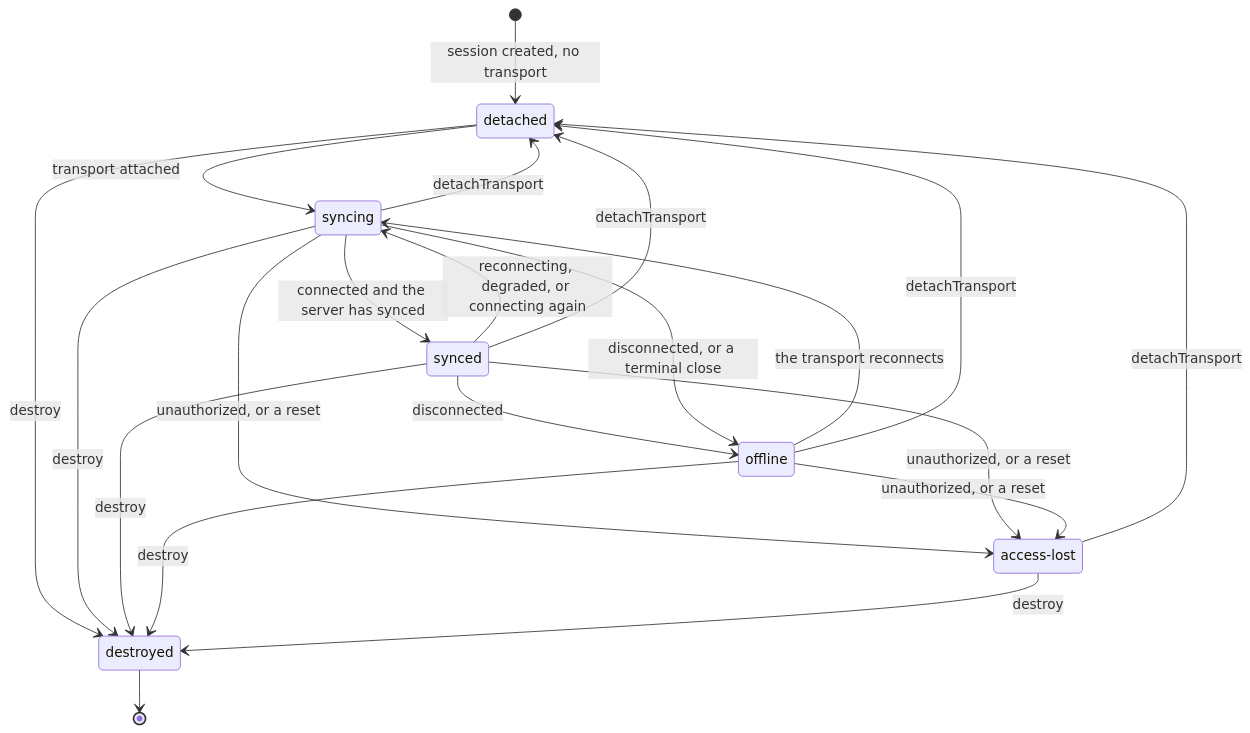
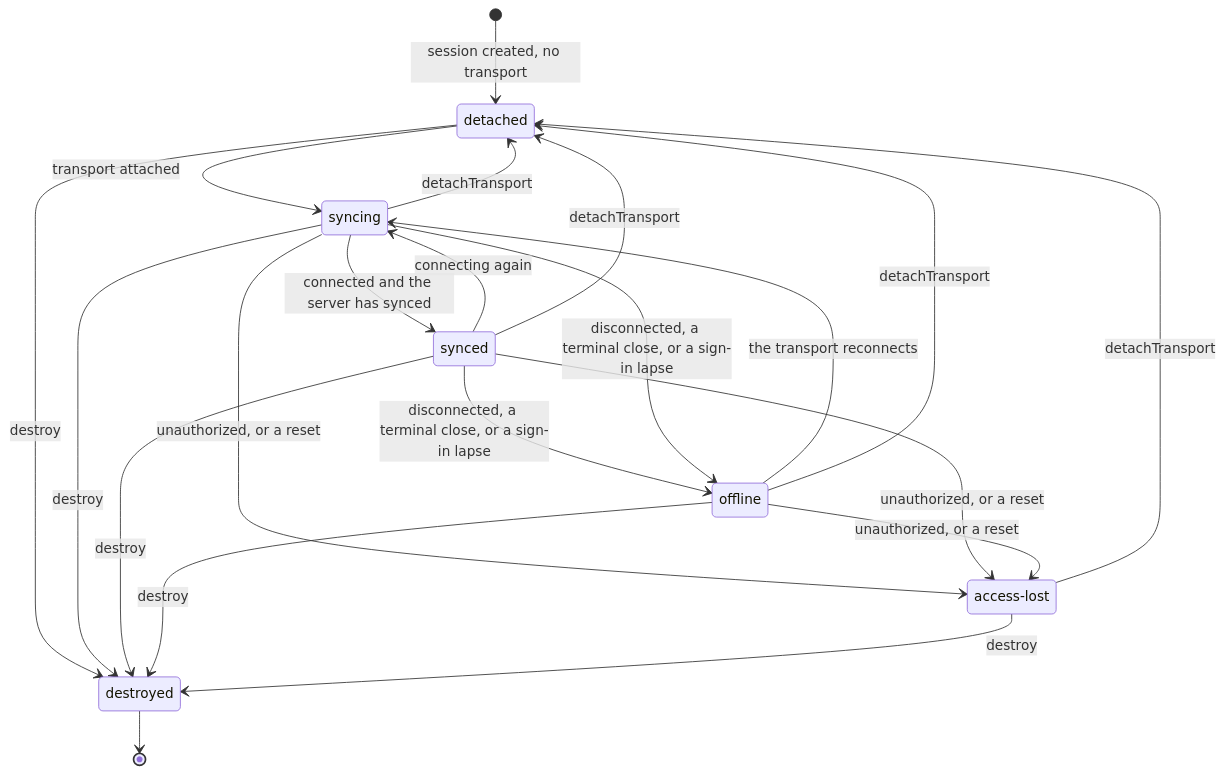
One commit to haowjy/meridian-flow changed the first of 2 diagrams in apps/app/src/core/editor/.context/state-machines.md. Above: the diagram before and after it, drawn with Mermaid. The commit also changed other lines of this file and 52 other files, not shown here.

````diff
--- a/apps/app/src/core/editor/.context/state-machines.md
+++ b/apps/app/src/core/editor/.context/state-machines.md
@@ -10,24 +10,24 @@
 ```mermaid
 stateDiagram-v2
   [*] --> detached: session created, no transport
   detached --> syncing: transport attached
   syncing --> synced: connected and the server has synced
-  synced --> syncing: reconnecting, degraded, or connecting again
-  synced --> offline: disconnected
-  syncing --> offline: disconnected, or a terminal close
+  synced --> syncing: connecting again
+  synced --> offline: disconnected, a terminal close, or a sign-in lapse
+  syncing --> offline: disconnected, a terminal close, or a sign-in lapse
   offline --> syncing: the transport reconnects
   syncing --> detached: detachTransport
   synced --> detached: detachTransport
   offline --> detached: detachTransport
   access_lost --> detached: detachTransport
   syncing --> access_lost: unauthorized, or a reset
   synced --> access_lost: unauthorized, or a reset
   offline --> access_lost: unauthorized, or a reset
   state "access-lost" as access_lost
   detached --> destroyed: destroy
   syncing --> destroyed: destroy
   synced --> destroyed: destroy
   offline --> destroyed: destroy
   access_lost --> destroyed: destroy
   destroyed --> [*]
 ```
````
